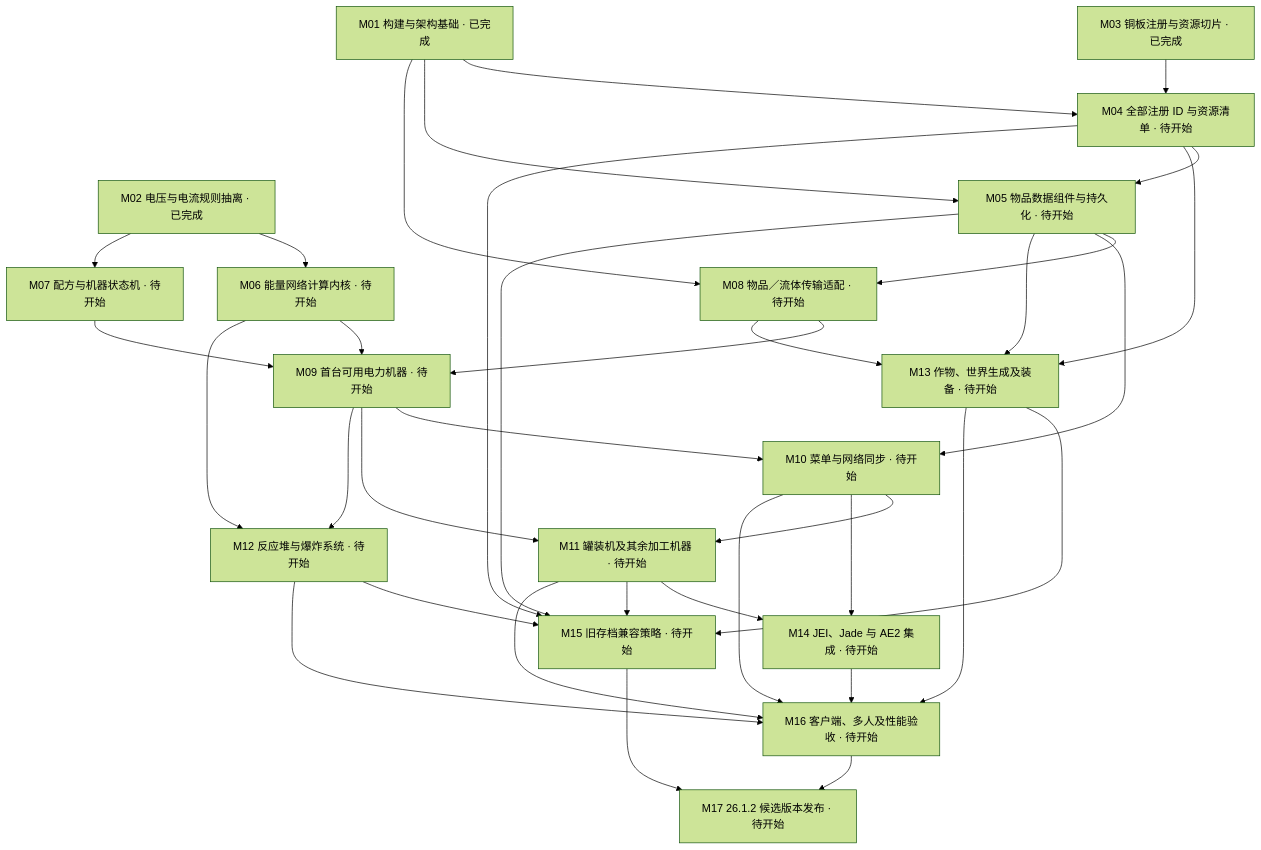
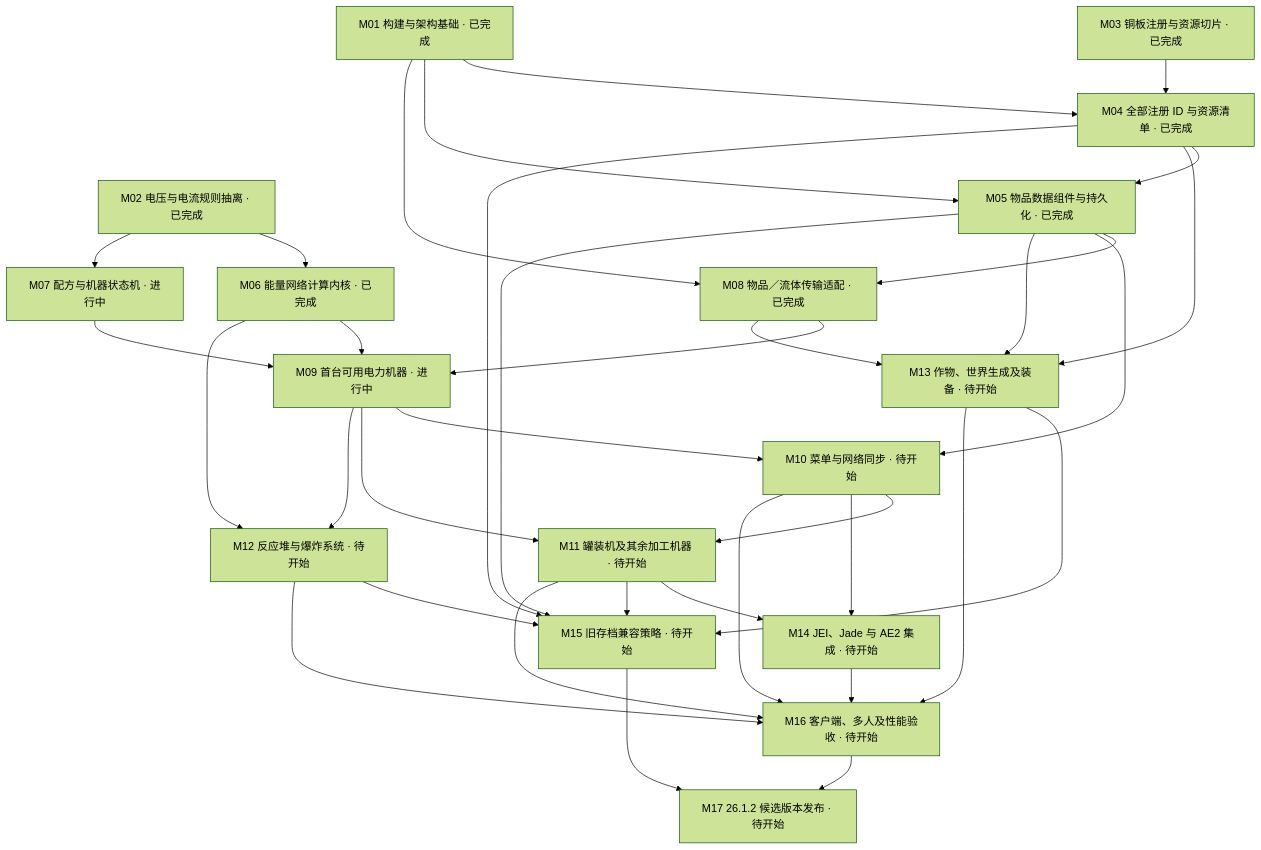
One commit to bobyasasas/IC2R changed the diagram in docs/migration/STATUS.md. Above: the diagram before and after it, drawn with Mermaid (forest theme). The commit also changed other lines of this file and 573 other files, not shown here.

````diff
--- a/docs/migration/STATUS.md
+++ b/docs/migration/STATUS.md
@@ -39,54 +60,54 @@
 ```mermaid
 flowchart TD
   M01["M01 构建与架构基础 · 已完成"]
   M02["M02 电压与电流规则抽离 · 已完成"]
   M03["M03 铜板注册与资源切片 · 已完成"]
-  M04["M04 全部注册 ID 与资源清单 · 待开始"]
+  M04["M04 全部注册 ID 与资源清单 · 已完成"]
   M01 --> M04
   M03 --> M04
-  M05["M05 物品数据组件与持久化 · 待开始"]
+  M05["M05 物品数据组件与持久化 · 已完成"]
   M01 --> M05
   M04 --> M05
-  M06["M06 能量网络计算内核 · 待开始"]
+  M06["M06 能量网络计算内核 · 已完成"]
   M02 --> M06
-  M07["M07 配方与机器状态机 · 待开始"]
+  M07["M07 配方与机器状态机 · 进行中"]
   M02 --> M07
-  M08["M08 物品／流体传输适配 · 待开始"]
+  M08["M08 物品／流体传输适配 · 已完成"]
   M01 --> M08
   M05 --> M08
-  M09["M09 首台可用电力机器 · 待开始"]
+  M09["M09 首台可用电力机器 · 进行中"]
   M06 --> M09
   M07 --> M09
   M08 --> M09
   M10["M10 菜单与网络同步 · 待开始"]
   M05 --> M10
   M09 --> M10
   M11["M11 罐装机及其余加工机器 · 待开始"]
   M09 --> M11
   M10 --> M11
   M12["M12 反应堆与爆炸系统 · 待开始"]
   M06 --> M12
   M09 --> M12
   M13["M13 作物、世界生成及装备 · 待开始"]
   M04 --> M13
   M05 --> M13
   M08 --> M13
   M14["M14 JEI、Jade 与 AE2 集成 · 待开始"]
   M10 --> M14
   M11 --> M14
   M15["M15 旧存档兼容策略 · 待开始"]
   M04 --> M15
   M05 --> M15
   M11 --> M15
   M12 --> M15
   M13 --> M15
   M16["M16 客户端、多人及性能验收 · 待开始"]
   M10 --> M16
   M11 --> M16
   M12 --> M16
   M13 --> M16
   M14 --> M16
   M17["M17 26.1.2 候选版本发布 · 待开始"]
   M15 --> M17
   M16 --> M17
 ```
````
